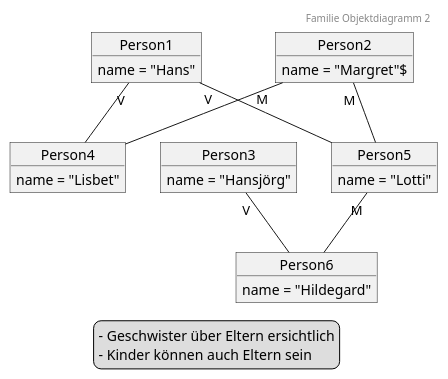
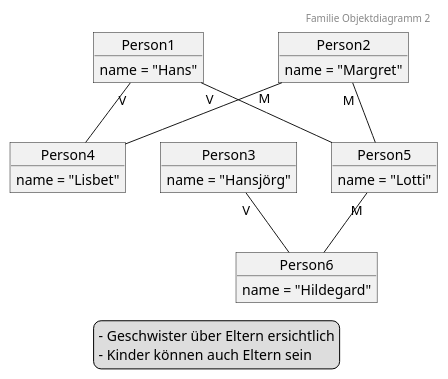
The diagram in Familie Objekt 2.puml (rb-bbw/M153_Familie), drawn with PlantUML before and after one commit. The commit also changed 1 other file, not shown here.

```diff
--- a/Familie Objekt 2.puml
+++ b/Familie Objekt 2.puml
@@ -1,39 +1,39 @@
 @startuml
 'https://plantuml.com/object-diagram
 header Familie Objektdiagramm 2
 
 legend
 - Geschwister über Eltern ersichtlich
 - Kinder können auch Eltern sein
 end legend
 
 object Person1 {
     name = "Hans"
 }
 object Person2 {
-    name = "Margret"$
+    name = "Margret"
 }
 object Person3 {
     name = "Hansjörg"
 }
 object Person4 {
     name = "Lisbet"
 }
 object Person5 {
     name = "Lotti"
 }
 object Person6 {
     name = "Hildegard"
 }
 
 Person1 "V" -- Person4
 Person2 "M" -- Person4
 
 Person1 "V" -- Person5
 Person2 "M" -- Person5
 
 
 Person5 "M" -- Person6
 Person3 "V" -- Person6
 
 @enduml
```
